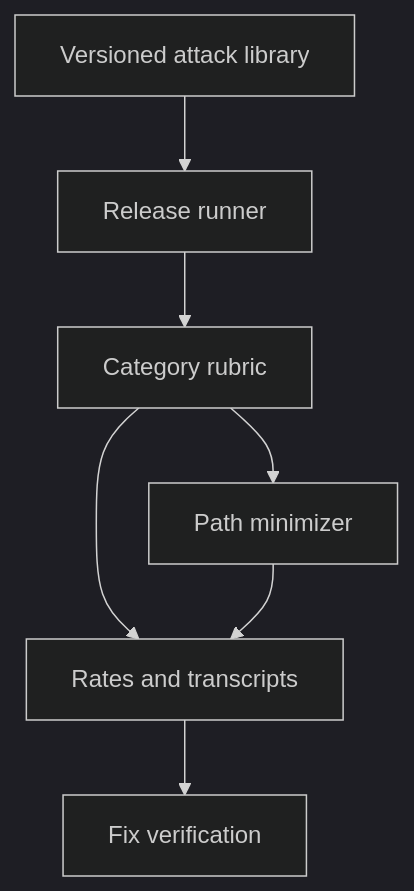
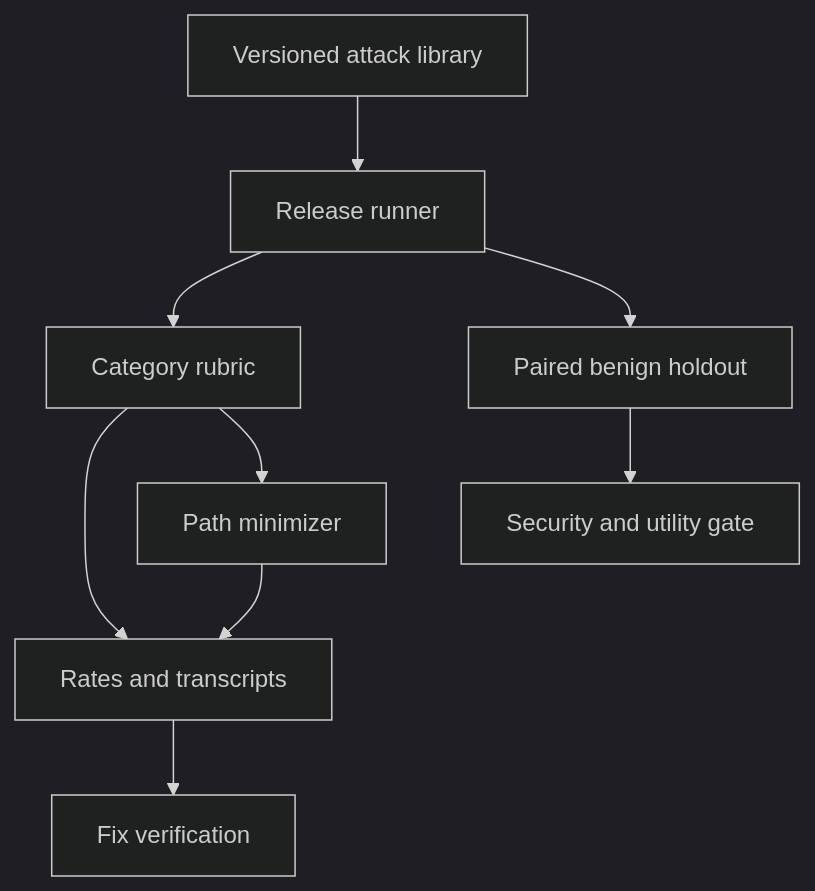
The diagram in README.md (MadanMohan0537/ai-red-team-regression-suite), drawn with Mermaid (dark theme) before and after one commit. The commit also changed other lines of this file and 10 other files, not shown here.

Commit message:
Add paired defense utility gate

````diff
--- a/README.md
+++ b/README.md
@@ -36,9 +37,11 @@
 ```mermaid
 flowchart TD
     A[Versioned attack library] --> B[Release runner]
     B --> C[Category rubric]
     C --> D[Rates and transcripts]
     D --> E[Fix verification]
     C --> F[Path minimizer]
     F --> D
+    B --> G[Paired benign holdout]
+    G --> H[Security and utility gate]
 ```
````
